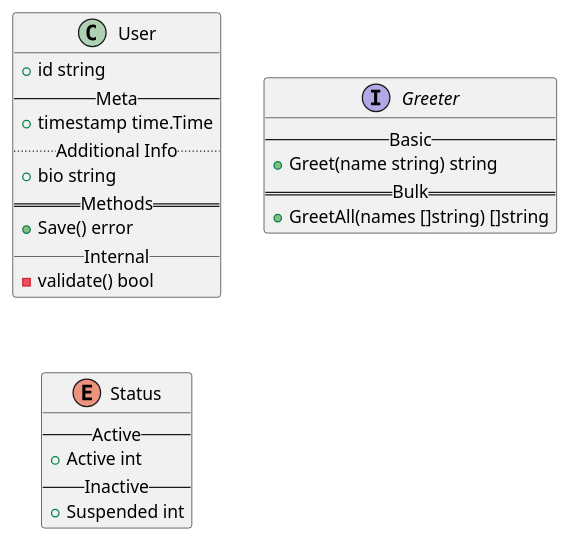
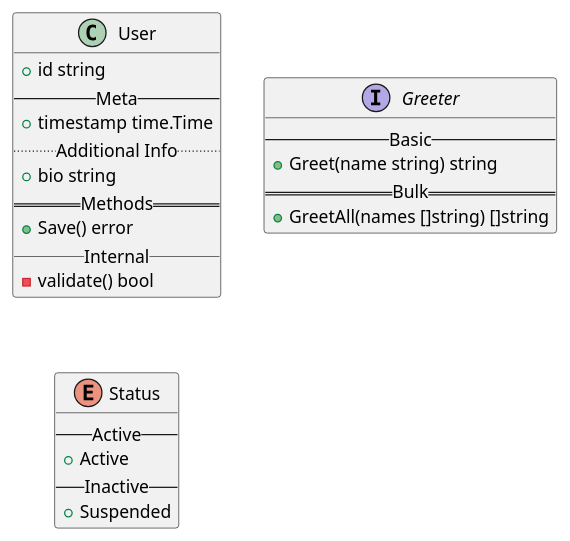
The diagram in input/generator_testdata/class_separators.puml (yur4uwe/puml-as-code), drawn with PlantUML before and after one commit. The commit also changed 6 other files, not shown here.

```diff
--- a/input/generator_testdata/class_separators.puml
+++ b/input/generator_testdata/class_separators.puml
@@ -1,27 +1,27 @@
 @startuml
 class User {
   +id string
   -- Meta --
   +timestamp time.Time
   .. Additional Info ..
   +bio string
   == Methods ==
   +Save() error
   __ Internal __
   -validate() bool
 }
 
 interface Greeter {
   -- Basic --
   +Greet(name string) string
   == Bulk ==
   +GreetAll(names []string) []string
 }
 
 enum Status {
   -- Active --
-  +Active int
+  +Active
   -- Inactive --
-  +Suspended int
+  +Suspended
 }
 @enduml
```
